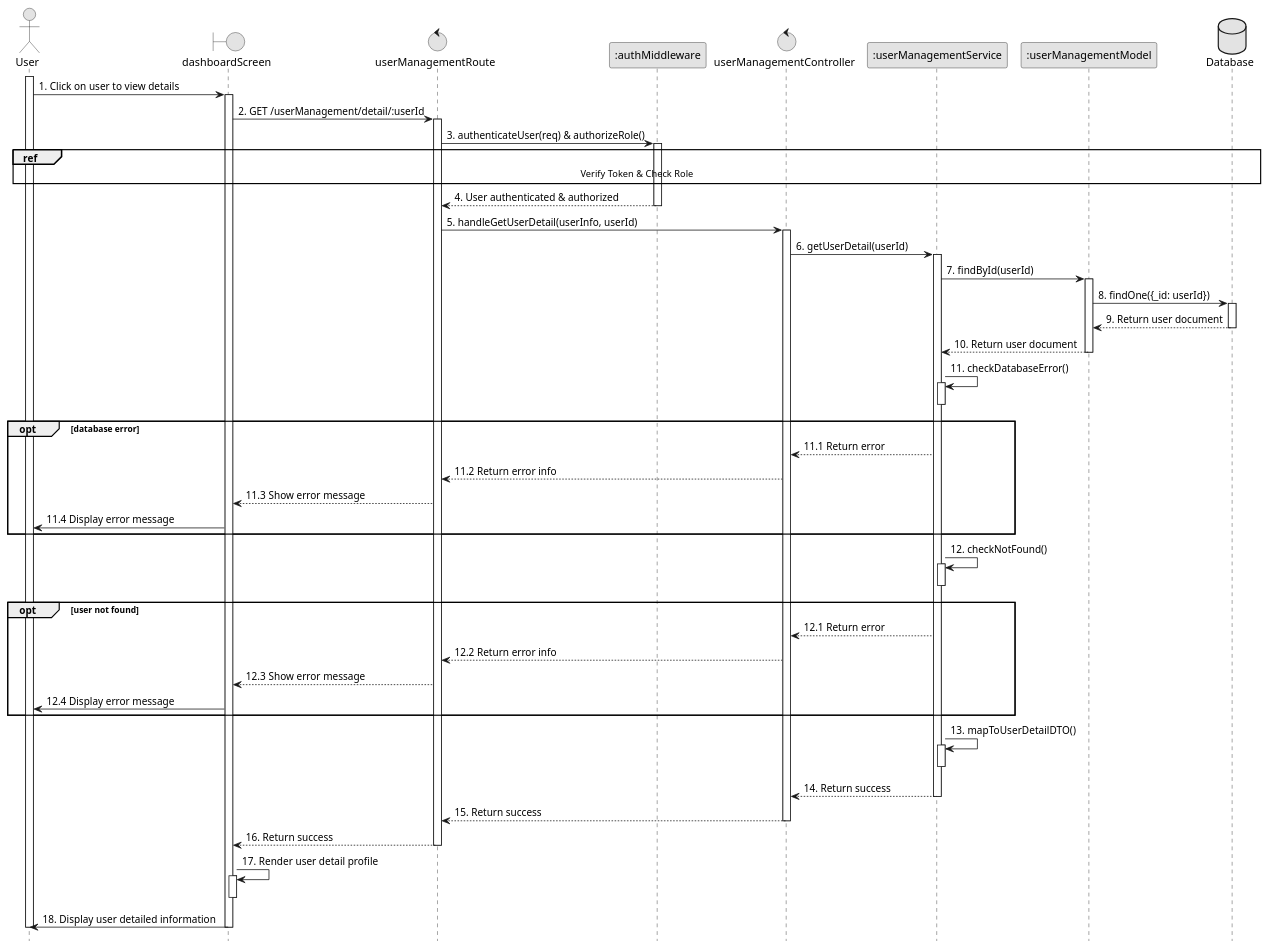
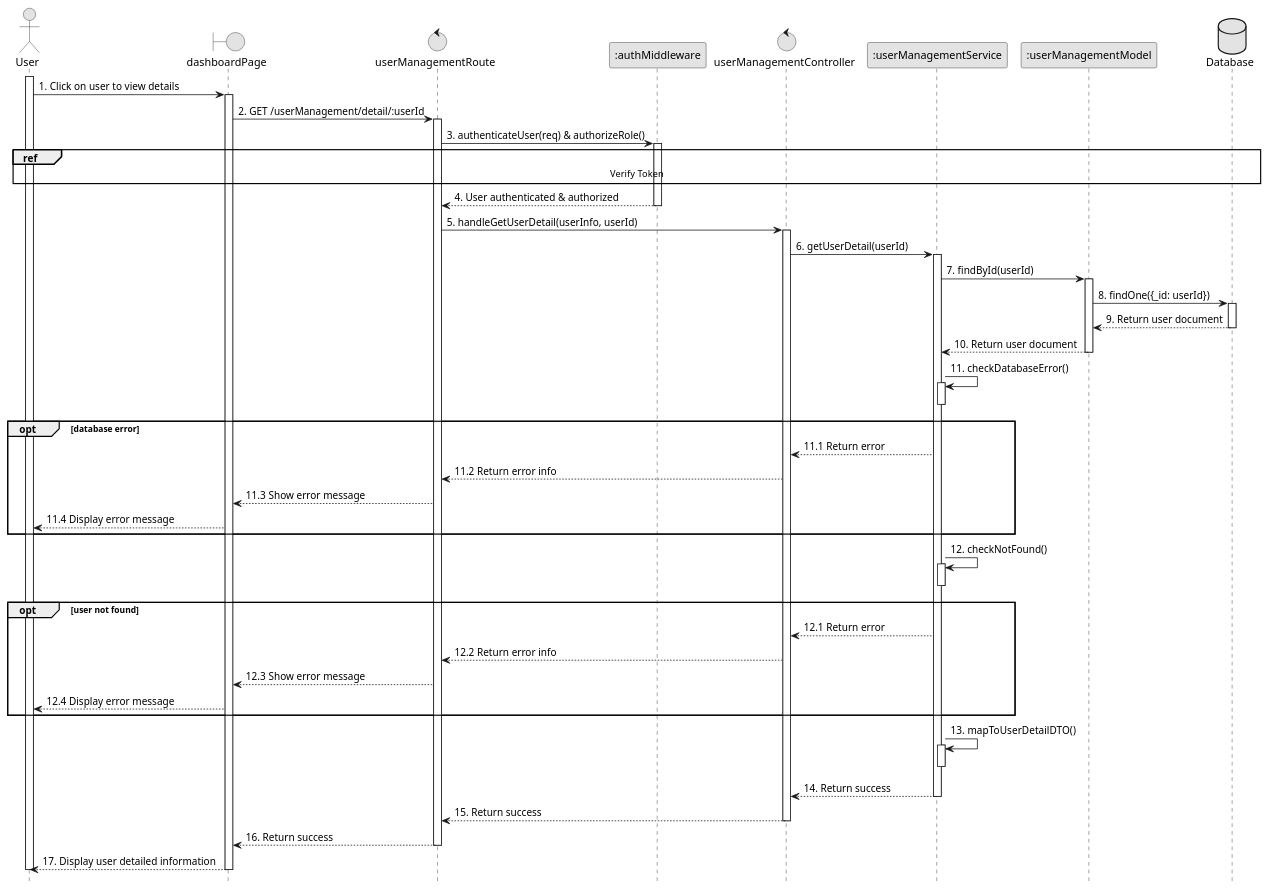
One commit to VietDurian/VietDurian changed the diagram in planuml/web/12.1.1_viewUserDetail.puml. Above: the diagram before and after it, drawn with PlantUML. The commit also changed 24 other files, not shown here.

Commit message:
ViVLT: Edit sequence and add check role flow for authentication sub sequence

```diff
--- a/planuml/web/12.1.1_viewUserDetail.puml
+++ b/planuml/web/12.1.1_viewUserDetail.puml
@@ -1,72 +1,70 @@
 @startuml 12.1.1_viewUserDetail
 skinparam monochrome true
 skinparam shadowing false
 skinparam sequenceArrowThickness 1
 hide footbox
 
 actor User
-boundary dashboardScreen as UI
+boundary dashboardPage as UI
 control userManagementRoute as Route
 participant ":authMiddleware" as Middleware
 control userManagementController as Controller
 participant ":userManagementService" as Service
 participant ":userManagementModel" as Model
 database Database as DB
 
 activate User
 User -> UI : 1. Click on user to view details
 activate UI
 UI -> Route : 2. GET /userManagement/detail/:userId
 activate Route
 Route -> Middleware : 3. authenticateUser(req) & authorizeRole()
 activate Middleware
-ref over User, DB: Verify Token & Check Role
+ref over User, DB: Verify Token
 Middleware --> Route : 4. User authenticated & authorized
 deactivate Middleware
 Route -> Controller : 5. handleGetUserDetail(userInfo, userId)
 activate Controller
 Controller -> Service : 6. getUserDetail(userId)
 activate Service
 Service -> Model : 7. findById(userId)
 activate Model
 Model -> DB : 8. findOne({_id: userId})
 activate DB
 DB --> Model : 9. Return user document
 deactivate DB
 Model --> Service : 10. Return user document
 deactivate Model
 Service -> Service : 11. checkDatabaseError()
 activate Service
 deactivate Service
 opt database error
     Service --> Controller : 11.1 Return error
     Controller --> Route : 11.2 Return error info
     Route --> UI : 11.3 Show error message
-    UI -> User : 11.4 Display error message
+    UI --> User : 11.4 Display error message
 end
 Service -> Service : 12. checkNotFound()
 activate Service
 deactivate Service
 opt user not found
     Service --> Controller : 12.1 Return error
     Controller --> Route : 12.2 Return error info
     Route --> UI : 12.3 Show error message
-    UI -> User : 12.4 Display error message
+    UI --> User : 12.4 Display error message
 end
 Service -> Service : 13. mapToUserDetailDTO()
 activate Service
 deactivate Service
 Service --> Controller : 14. Return success
 deactivate Service
 Controller --> Route : 15. Return success
 deactivate Controller
 Route --> UI : 16. Return success
 deactivate Route
-UI -> UI : 17. Render user detail profile
-activate UI
-deactivate UI
-UI -> User : 18. Display user detailed information
+
+UI --> User : 17. Display user detailed information
 deactivate UI
 deactivate User
 
 @enduml
```
